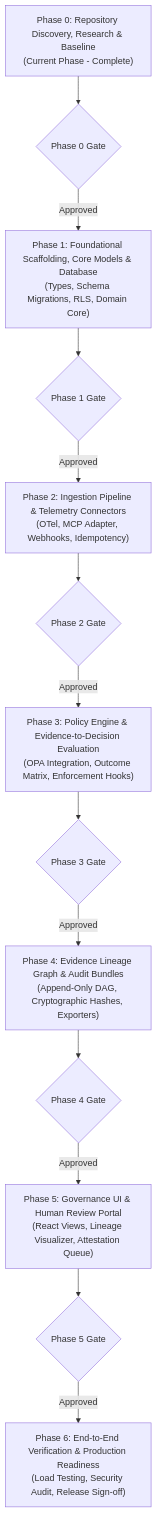
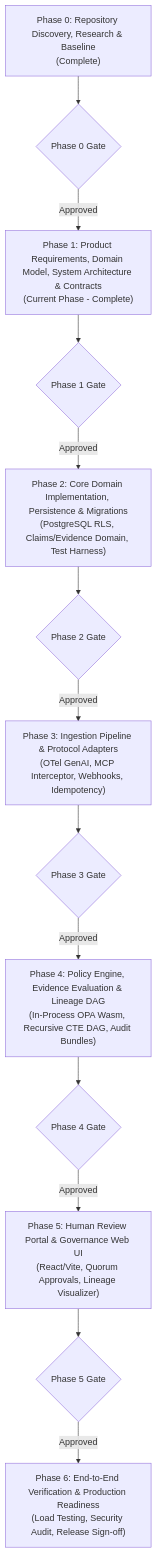
The diagram in docs/architecture/phase-dependency-map.md (srsp1000/ProofMesh), drawn with Mermaid before and after one commit. The commit also changed other lines of this file and 24 other files, not shown here.

Commit message:
docs(phase-01): baseline product requirements, domain model, system architecture, contracts, and ADRs

````diff
--- a/docs/architecture/phase-dependency-map.md
+++ b/docs/architecture/phase-dependency-map.md
@@ -14,21 +15,21 @@
 ```mermaid
 flowchart TD
-    P0["Phase 0: Repository Discovery, Research & Baseline<br/>(Current Phase - Complete)"] --> G0{Phase 0 Gate}
+    P0["Phase 0: Repository Discovery, Research & Baseline<br/>(Complete)"] --> G0{Phase 0 Gate}
     
-    G0 -->|Approved| P1["Phase 1: Foundational Scaffolding, Core Models & Database<br/>(Types, Schema Migrations, RLS, Domain Core)"]
+    G0 -->|Approved| P1["Phase 1: Product Requirements, Domain Model, System Architecture & Contracts<br/>(Current Phase - Complete)"]
     P1 --> G1{Phase 1 Gate}
     
-    G1 -->|Approved| P2["Phase 2: Ingestion Pipeline & Telemetry Connectors<br/>(OTel, MCP Adapter, Webhooks, Idempotency)"]
+    G1 -->|Approved| P2["Phase 2: Core Domain Implementation, Persistence & Migrations<br/>(PostgreSQL RLS, Claims/Evidence Domain, Test Harness)"]
     P2 --> G2{Phase 2 Gate}
     
-    G2 -->|Approved| P3["Phase 3: Policy Engine & Evidence-to-Decision Evaluation<br/>(OPA Integration, Outcome Matrix, Enforcement Hooks)"]
+    G2 -->|Approved| P3["Phase 3: Ingestion Pipeline & Protocol Adapters<br/>(OTel GenAI, MCP Interceptor, Webhooks, Idempotency)"]
     P3 --> G3{Phase 3 Gate}
     
-    G3 -->|Approved| P4["Phase 4: Evidence Lineage Graph & Audit Bundles<br/>(Append-Only DAG, Cryptographic Hashes, Exporters)"]
+    G3 -->|Approved| P4["Phase 4: Policy Engine, Evidence Evaluation & Lineage DAG<br/>(In-Process OPA Wasm, Recursive CTE DAG, Audit Bundles)"]
     P4 --> G4{Phase 4 Gate}
     
-    G4 -->|Approved| P5["Phase 5: Governance UI & Human Review Portal<br/>(React Views, Lineage Visualizer, Attestation Queue)"]
+    G4 -->|Approved| P5["Phase 5: Human Review Portal & Governance Web UI<br/>(React/Vite, Quorum Approvals, Lineage Visualizer)"]
     P5 --> G5{Phase 5 Gate}
     
     G5 -->|Approved| P6["Phase 6: End-to-End Verification & Production Readiness<br/>(Load Testing, Security Audit, Release Sign-off)"]
 ```
````
